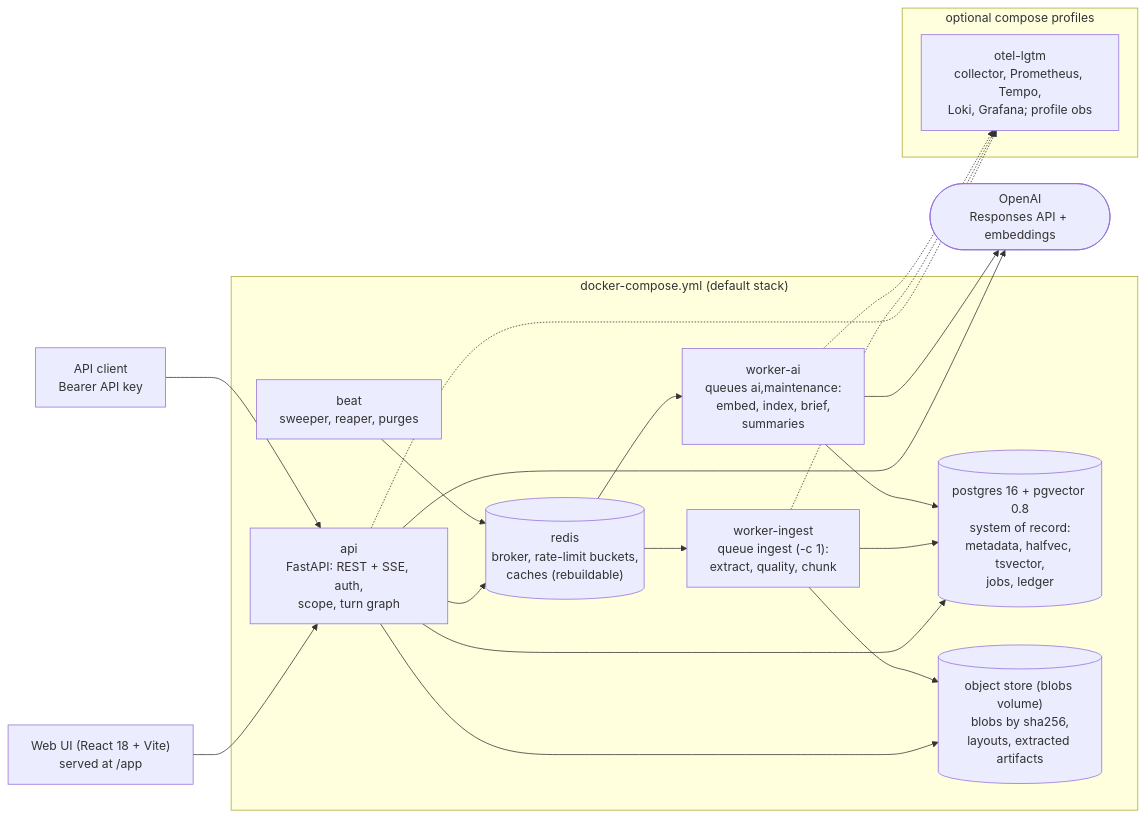
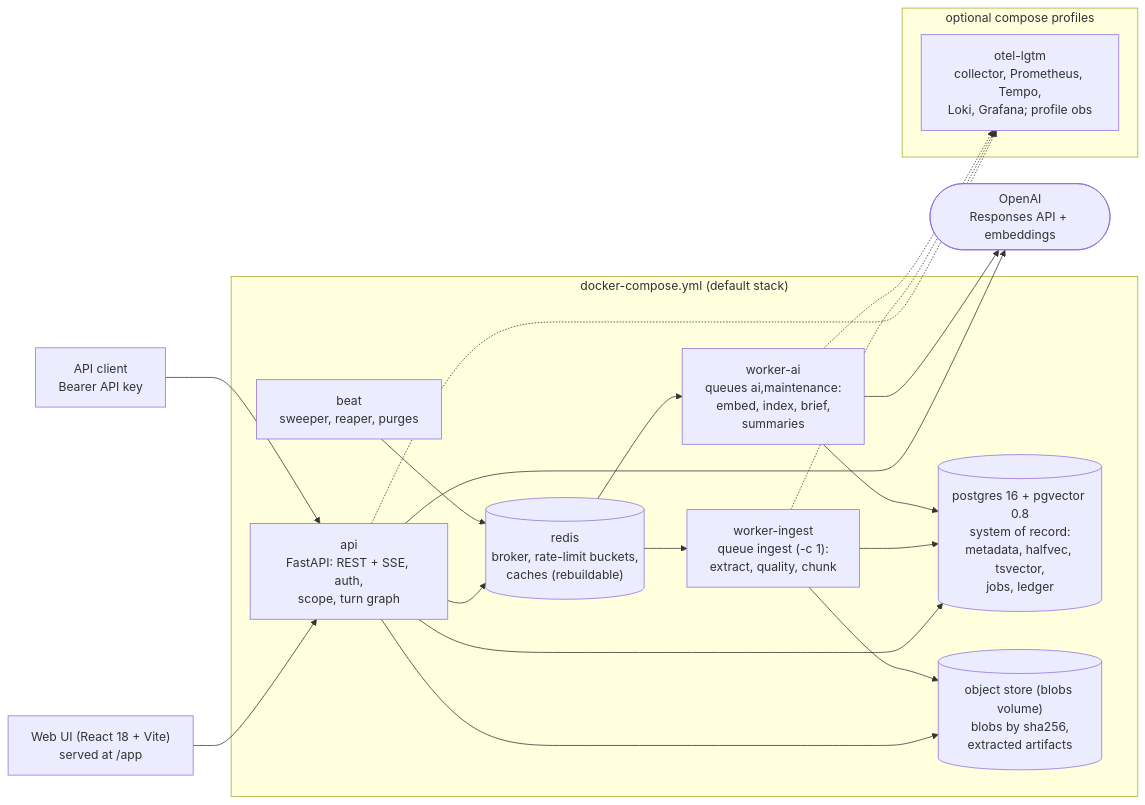
One commit to Madhav2310/Vault-System changed the first of 5 diagrams in ARCHITECTURE.md. Above: the diagram before and after it, drawn with Mermaid. The commit also changed other lines of this file and 14 other files, not shown here.

First line of the commit message:
Docs: restructure AI_USAGE, add overview and limits to ARCHITECTURE, rewrite the demo walkthrough, fix stale claims

````diff
--- a/ARCHITECTURE.md
+++ b/ARCHITECTURE.md
@@ -81,34 +95,34 @@
 ```mermaid
 flowchart LR
     ui["Web UI (React 18 + Vite)<br/>served at /app"]
     client["API client<br/>Bearer API key"]
     subgraph compose["docker-compose.yml (default stack)"]
         api["api<br/>FastAPI: REST + SSE, auth,<br/>scope, turn graph"]
         wi["worker-ingest<br/>queue ingest (-c 1):<br/>extract, quality, chunk"]
         wa["worker-ai<br/>queues ai,maintenance:<br/>embed, index, brief,<br/>summaries"]
         beat["beat<br/>sweeper, reaper, purges"]
         pg[("postgres 16 + pgvector 0.8<br/>system of record:<br/>metadata, halfvec, tsvector,<br/>jobs, ledger")]
         redis[("redis<br/>broker, rate-limit buckets,<br/>caches (rebuildable)")]
-        blobs[("object store (blobs volume)<br/>blobs by sha256,<br/>layouts, extracted artifacts")]
+        blobs[("object store (blobs volume)<br/>blobs by sha256,<br/>extracted artifacts")]
     end
     subgraph optional["optional compose profiles"]
         obs["otel-lgtm<br/>collector, Prometheus, Tempo,<br/>Loki, Grafana; profile obs"]
     end
     openai(["OpenAI<br/>Responses API + embeddings"])
     ui --> api
     client --> api
     api --> pg
     api --> redis
     api --> blobs
     api --> openai
     redis --> wi
     redis --> wa
     beat --> redis
     wi --> pg
     wi --> blobs
     wa --> pg
     wa --> openai
     api -.-> obs
     wi -.-> obs
     wa -.-> obs
 ```
````
